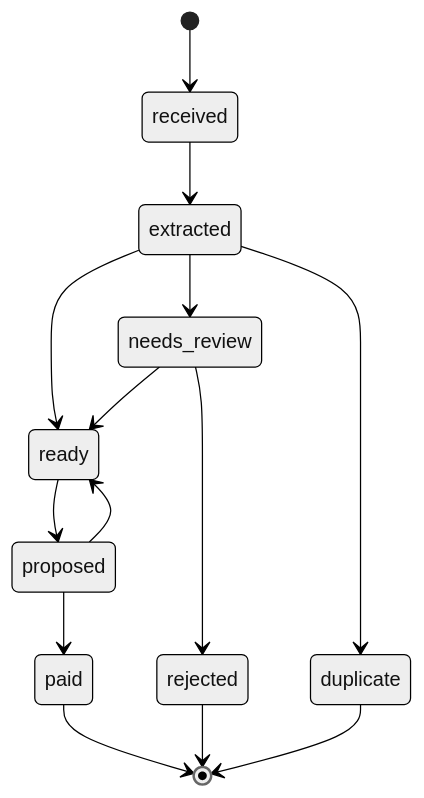
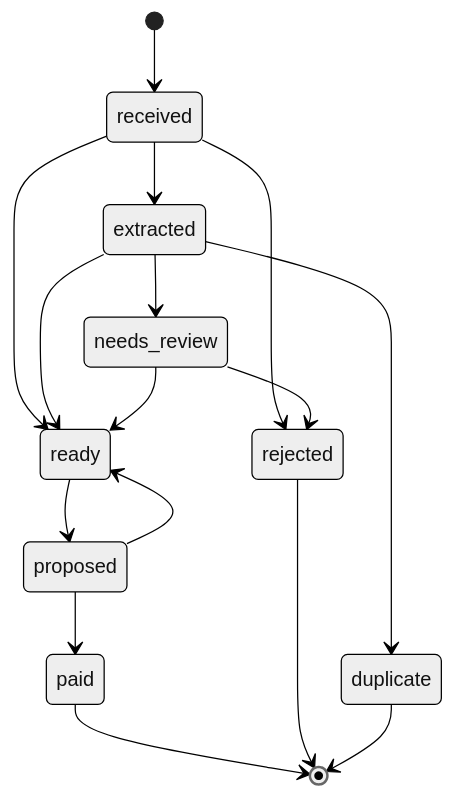
The fifth of 17 diagrams in docs/architecture.md (rogerjeasy/kin), drawn with Mermaid (neutral theme) before and after one commit. The commit also changed other lines of this file and 95 other files, not shown here.

````diff
--- a/docs/architecture.md
+++ b/docs/architecture.md
@@ -416,16 +416,18 @@
 ```mermaid
 stateDiagram-v2
     [*] --> received
     received --> extracted
+    received --> ready
+    received --> rejected
     extracted --> needs_review
     extracted --> ready
     needs_review --> ready
     needs_review --> rejected
     extracted --> duplicate
     ready --> proposed
     proposed --> paid
     proposed --> ready
     paid --> [*]
     rejected --> [*]
     duplicate --> [*]
 ```
````
